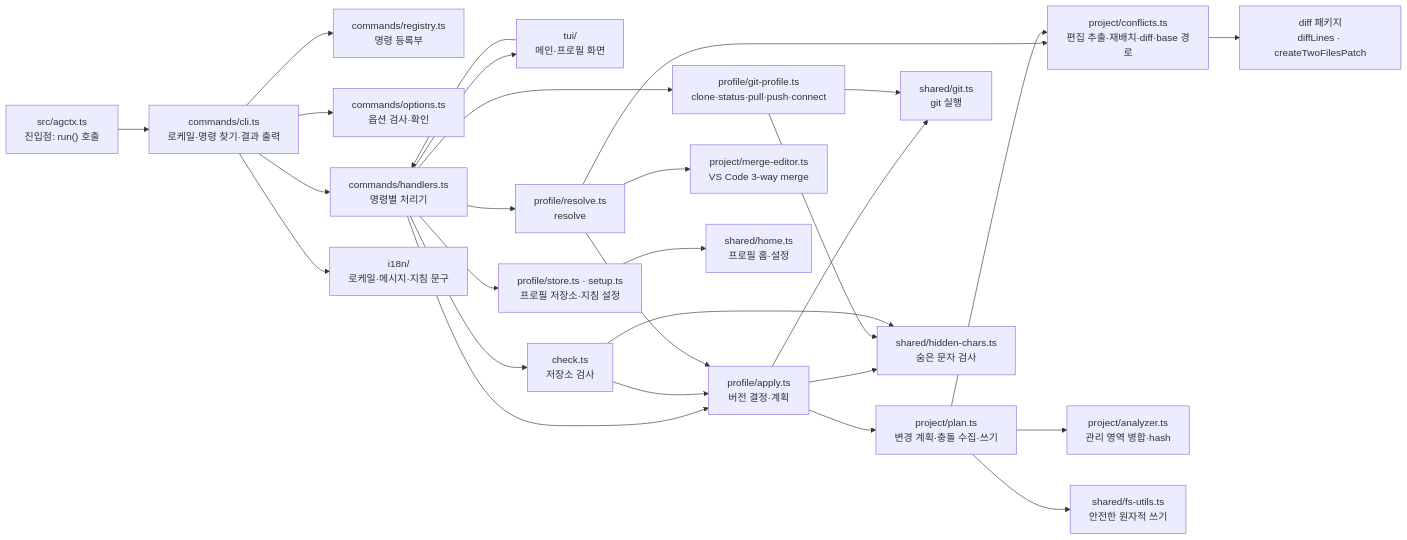
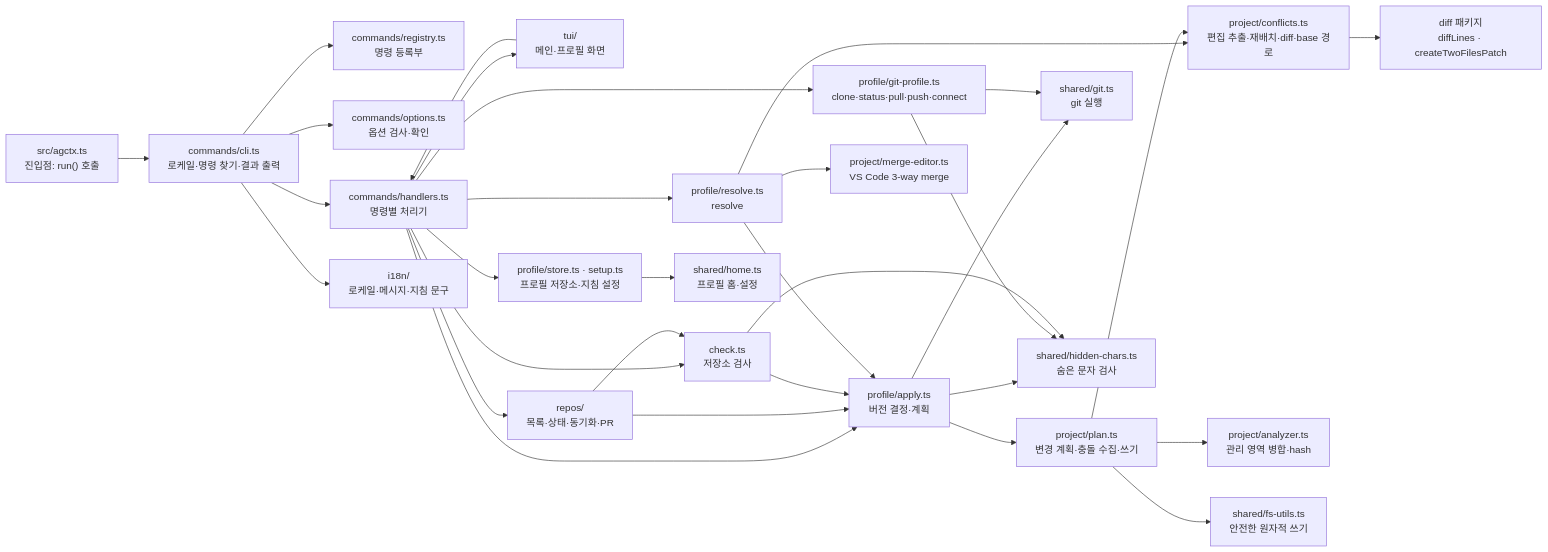
The first of 13 diagrams in docs/architecture/implementation-mechanics.md (IsthisLee/agent-context-manager), drawn with Mermaid before and after one commit. The commit also changed other lines of this file and 34 other files, not shown here.

````diff
--- a/docs/architecture/implementation-mechanics.md
+++ b/docs/architecture/implementation-mechanics.md
@@ -22,30 +22,33 @@
 ```mermaid
 flowchart LR
   entry["src/agctx.ts<br/>진입점: run() 호출"] --> cli["commands/cli.ts<br/>로케일·명령 찾기·결과 출력"]
   cli --> registry["commands/registry.ts<br/>명령 등록부"]
   cli --> options["commands/options.ts<br/>옵션 검사·확인"]
   cli --> handlers["commands/handlers.ts<br/>명령별 처리기"]
   handlers --> tui["tui/<br/>메인·프로필 화면"]
   tui --> handlers
   handlers --> store["profile/store.ts · setup.ts<br/>프로필 저장소·지침 설정"]
   handlers --> apply["profile/apply.ts<br/>버전 결정·계획"]
   handlers --> resolve["profile/resolve.ts<br/>resolve"]
   handlers --> gitprofile["profile/git-profile.ts<br/>clone·status·pull·push·connect"]
   handlers --> check["check.ts<br/>저장소 검사"]
+  handlers --> repos["repos/<br/>목록·상태·동기화·PR"]
+  repos --> check
+  repos --> apply
   check --> apply
   resolve --> apply
   apply --> plan["project/plan.ts<br/>변경 계획·충돌 수집·쓰기"]
   apply --> gitrun["shared/git.ts<br/>git 실행"]
   gitprofile --> gitrun
   apply --> hidden["shared/hidden-chars.ts<br/>숨은 문자 검사"]
   gitprofile --> hidden
   check --> hidden
   resolve --> merge["project/merge-editor.ts<br/>VS Code 3-way merge"]
   resolve --> conflicts["project/conflicts.ts<br/>편집 추출·재배치·diff·base 경로"]
   plan --> analyzer["project/analyzer.ts<br/>관리 영역 병합·hash"]
   plan --> conflicts
   plan --> fsutils["shared/fs-utils.ts<br/>안전한 원자적 쓰기"]
   store --> home["shared/home.ts<br/>프로필 홈·설정"]
   cli --> i18n["i18n/<br/>로케일·메시지·지침 문구"]
   conflicts --> jsdiff["diff 패키지<br/>diffLines · createTwoFilesPatch"]
 ```
````
